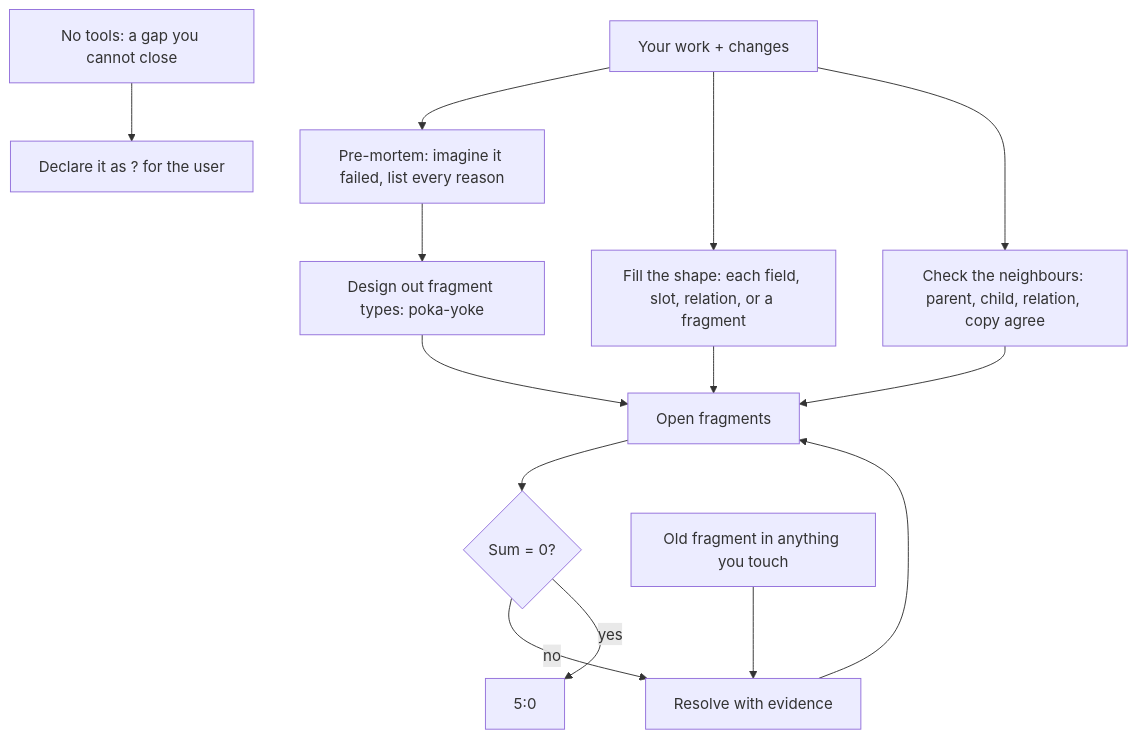
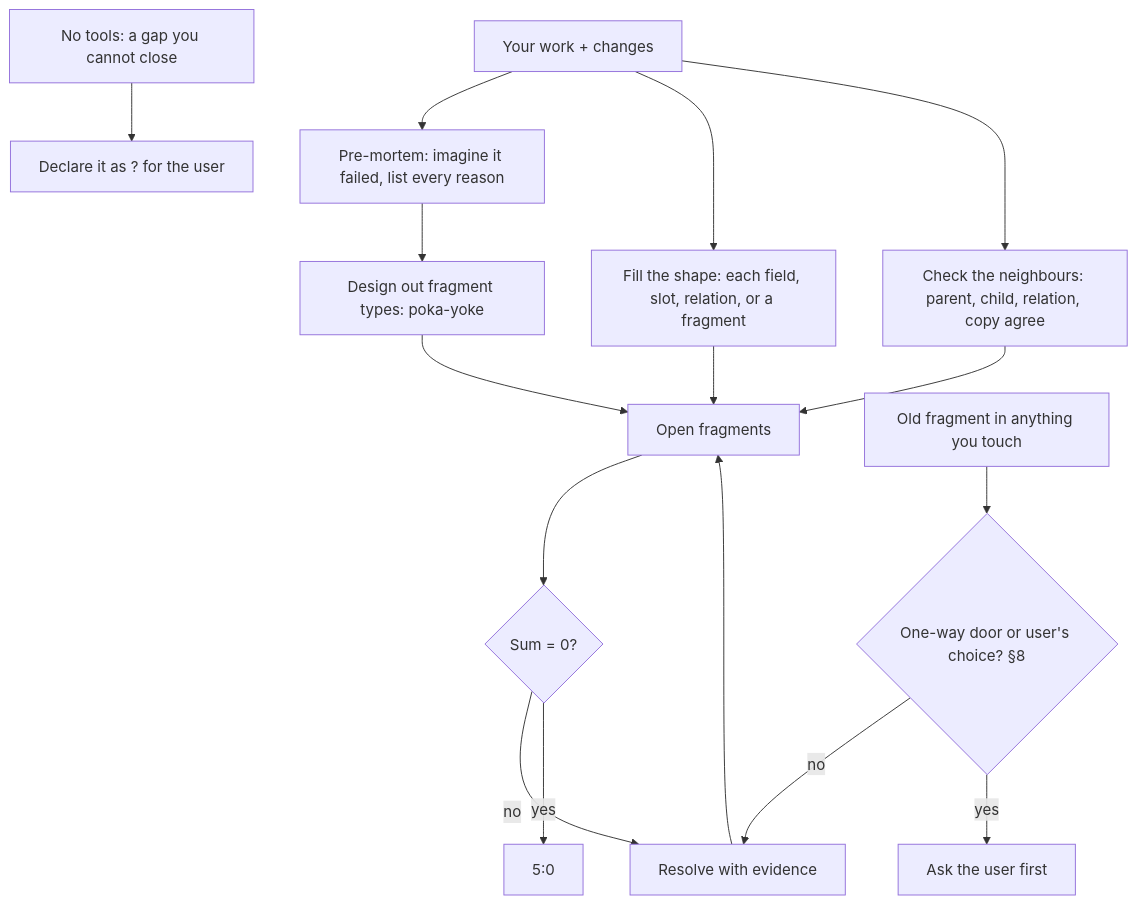
One commit to SolenixAI/arbiter changed the second of 14 diagrams in AGENTS.md. Above: the diagram before and after it, drawn with Mermaid. The commit also changed other lines of this file, not shown here.

````diff
--- a/AGENTS.md
+++ b/AGENTS.md
@@ -78,10 +80,12 @@
 ```mermaid
 flowchart TD
   W[Your work + changes] --> PM[Pre-mortem: imagine it failed, list every reason] --> P[Design out fragment types: poka-yoke] --> L[Open fragments] --> C{Sum = 0?}
   C -->|no| F[Resolve with evidence] --> L
   W --> SH[Fill the shape: each field, slot, relation, or a fragment] --> L
   W --> NB[Check the neighbours: parent, child, relation, copy agree] --> L
   C -->|yes| D[5:0]
-  O[Old fragment in anything you touch] --> F
+  O[Old fragment in anything you touch] --> OW{One-way door or user's choice? §8}
+  OW -->|no| F
+  OW -->|yes| UA[Ask the user first]
   NT[No tools: a gap you cannot close] --> X["Declare it as ? for the user"]
 ```
````
